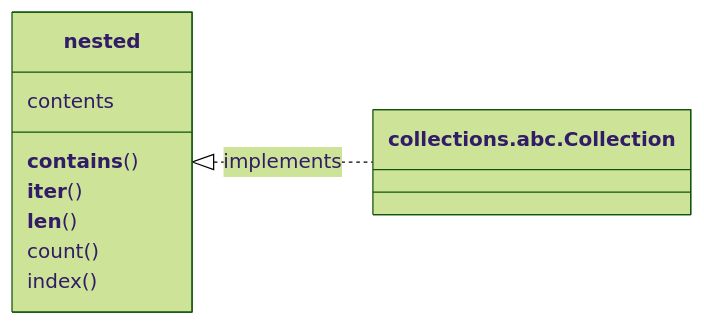
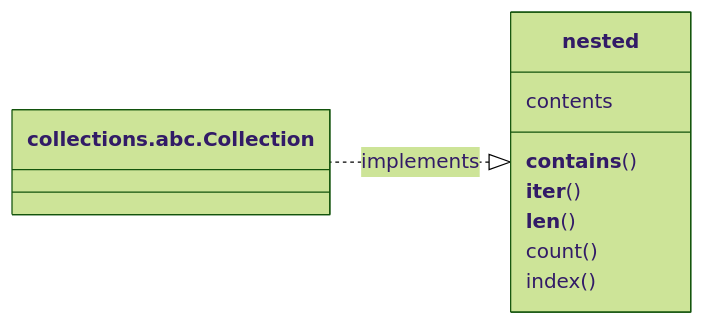
Before and after one commit to MusicalNinjaDad/recurtools: the diagram in docs/index.md, drawn with Mermaid (forest theme). The commit also changed 3 other files, not shown here.

````diff
--- a/docs/index.md
+++ b/docs/index.md
@@ -27,14 +27,14 @@
 ``` mermaid
 classDiagram
-    direction LR
+    direction RL
     nested <|.. Collection: implements
     class nested{
         contents
         __contains__()
         __iter__()
         __len__()
         count()
         index()
     }
     class Collection["collections.abc.Collection"]
 ```
````
